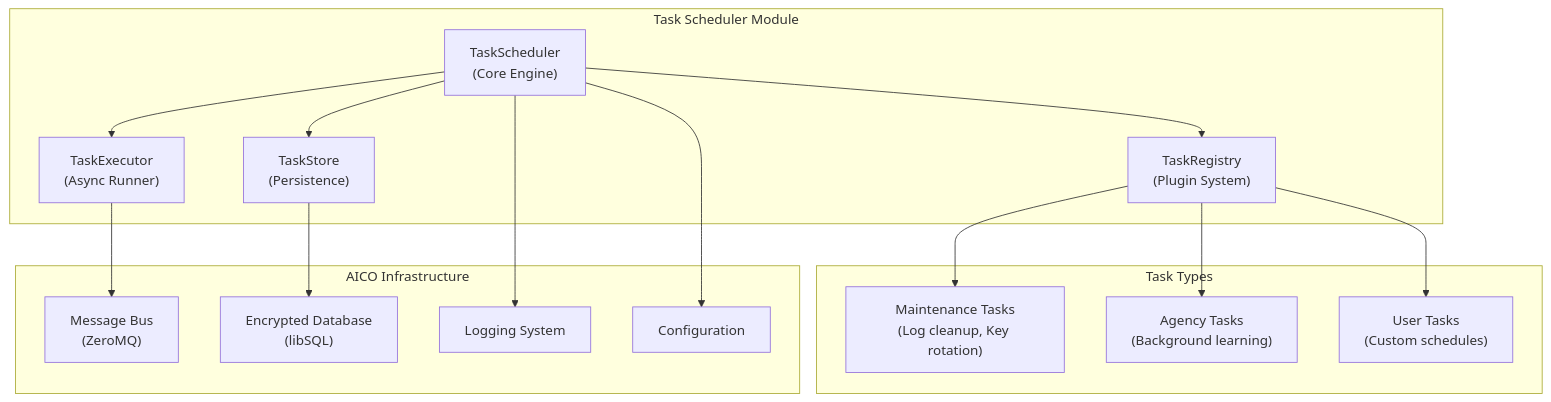
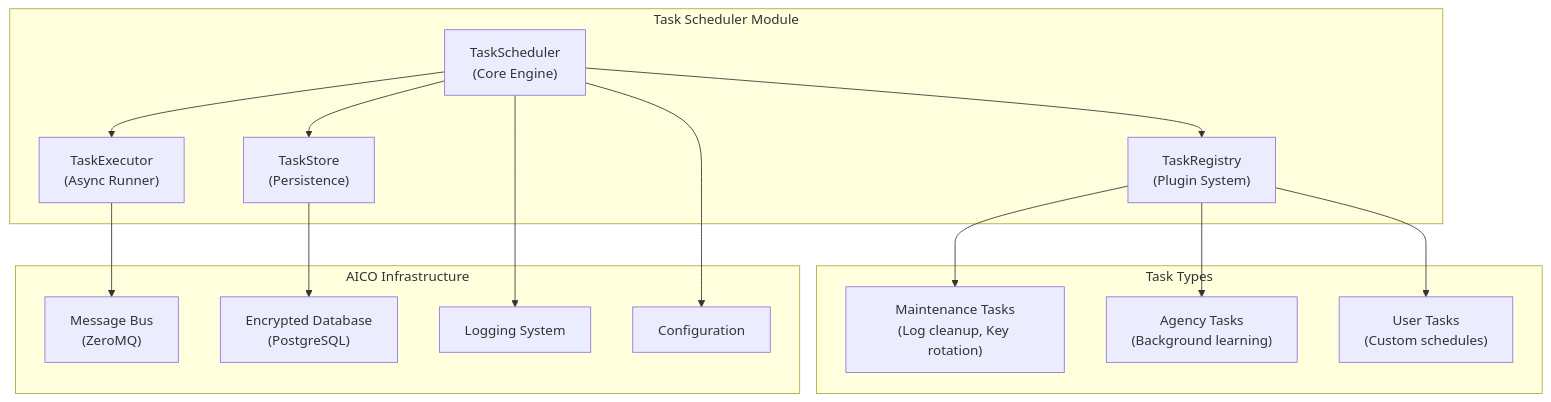
The diagram in docs/subsystems/backend/scheduling/scheduling.md (boeni-industries/aico), drawn with Mermaid before and after one commit. The commit also changed other lines of this file and 52 other files, not shown here.

````diff
--- a/docs/subsystems/backend/scheduling/scheduling.md
+++ b/docs/subsystems/backend/scheduling/scheduling.md
@@ -72,35 +72,35 @@
 ```mermaid
 flowchart TD
     subgraph "Task Scheduler Module"
         SCHED["TaskScheduler<br/>(Core Engine)"]
         REG["TaskRegistry<br/>(Plugin System)"]
         EXEC["TaskExecutor<br/>(Async Runner)"]
         STORE["TaskStore<br/>(Persistence)"]
     end
     
     subgraph "Task Types"
         MAINT["Maintenance Tasks<br/>(Log cleanup, Key rotation)"]
         AGENCY["Agency Tasks<br/>(Background learning)"]
         USER["User Tasks<br/>(Custom schedules)"]
     end
     
     subgraph "AICO Infrastructure"
         BUS["Message Bus<br/>(ZeroMQ)"]
-        DB["Encrypted Database<br/>(libSQL)"]
+        DB["Encrypted Database<br/>(PostgreSQL)"]
         LOG["Logging System"]
         CONFIG["Configuration"]
     end
     
     SCHED --> REG
     SCHED --> EXEC
     SCHED --> STORE
     
     REG --> MAINT
     REG --> AGENCY
     REG --> USER
     
     EXEC --> BUS
     STORE --> DB
     SCHED --> LOG
     SCHED --> CONFIG
 ```
````
